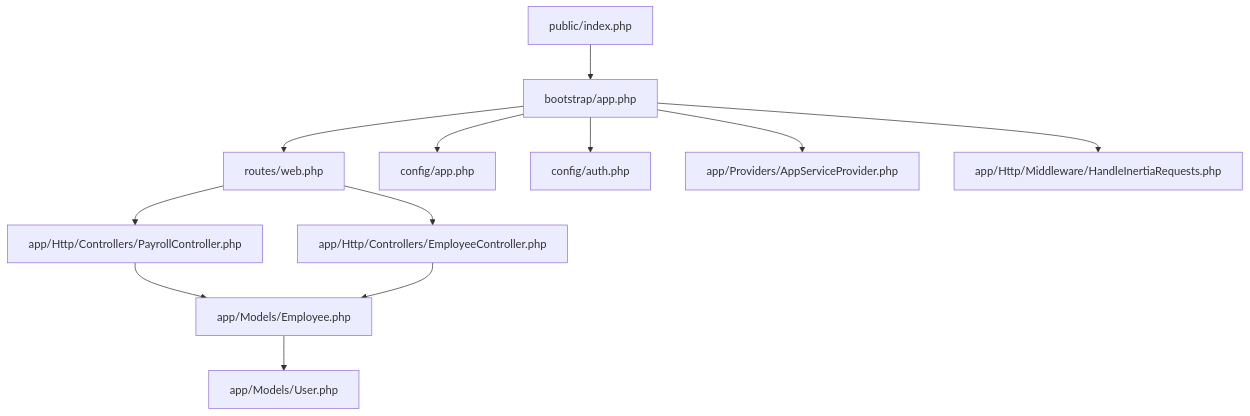
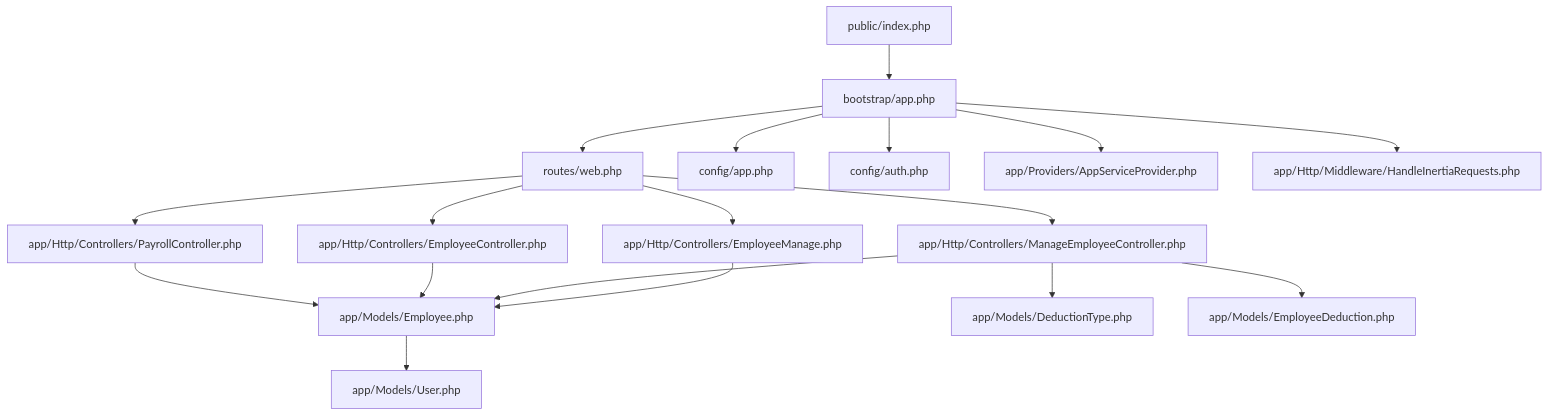
Before and after one commit to vincet0t15/template: the first of 9 diagrams in .qoder/repowiki/en/content/Architecture Overview/Backend Architecture.md, drawn with Mermaid. The commit also changed other lines of this file and 8 other files, not shown here.

````diff
--- a/.qoder/repowiki/en/content/Architecture Overview/Backend Architecture.md
+++ b/.qoder/repowiki/en/content/Architecture Overview/Backend Architecture.md
@@ -48,14 +66,20 @@
 ```mermaid
 graph TB
 A["public/index.php"] --> B["bootstrap/app.php"]
 B --> C["routes/web.php"]
 B --> D["config/app.php"]
 B --> E["config/auth.php"]
 B --> F["app/Providers/AppServiceProvider.php"]
 C --> G["app/Http/Controllers/PayrollController.php"]
 C --> H["app/Http/Controllers/EmployeeController.php"]
-G --> I["app/Models/Employee.php"]
-H --> I
-I --> J["app/Models/User.php"]
-B --> K["app/Http/Middleware/HandleInertiaRequests.php"]
+C --> I["app/Http/Controllers/ManageEmployeeController.php"]
+C --> J["app/Http/Controllers/EmployeeManage.php"]
+G --> K["app/Models/Employee.php"]
+H --> K
+I --> K
+J --> K
+K --> L["app/Models/User.php"]
+I --> M["app/Models/DeductionType.php"]
+I --> N["app/Models/EmployeeDeduction.php"]
+B --> O["app/Http/Middleware/HandleInertiaRequests.php"]
 ```
````
